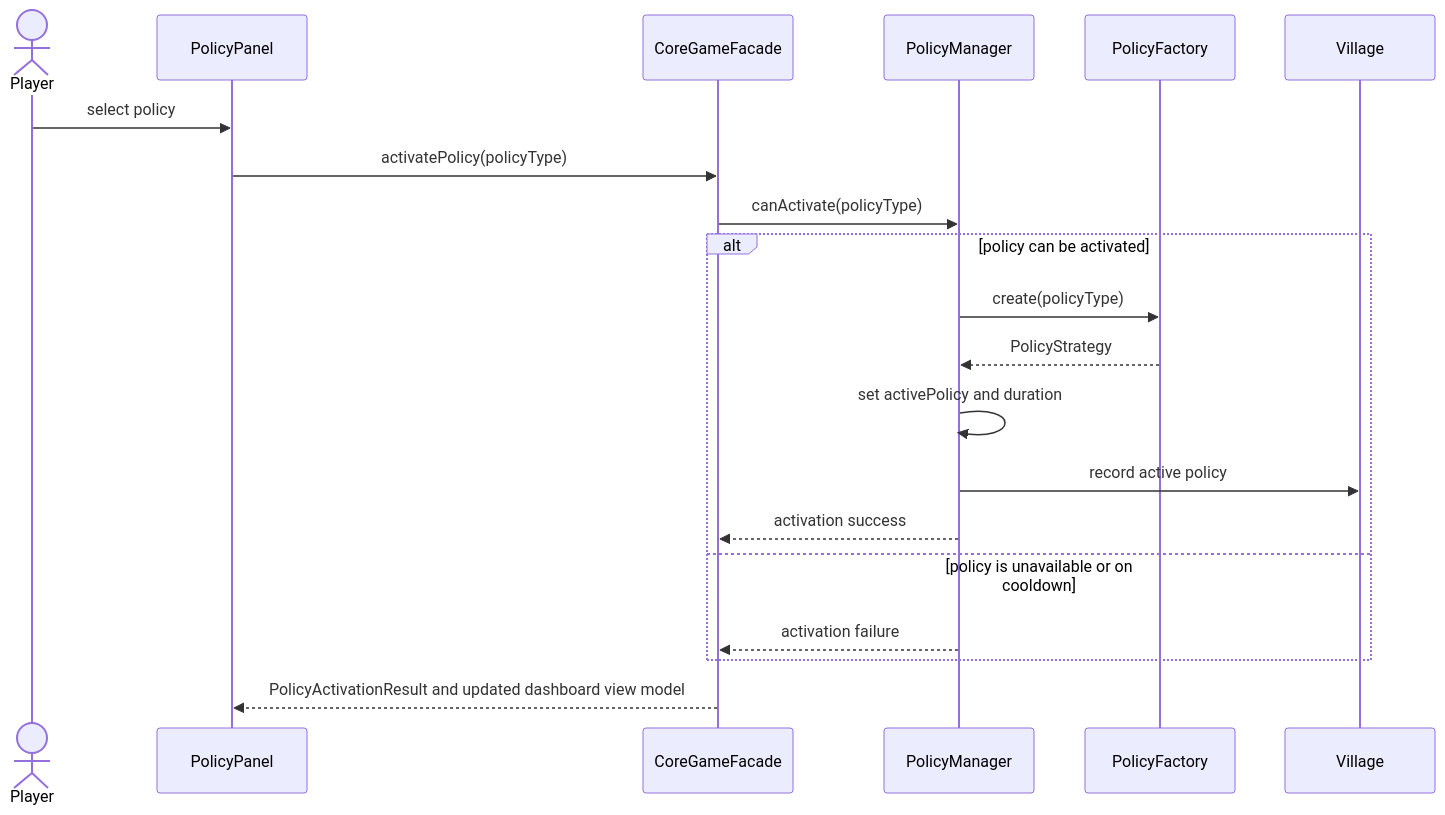
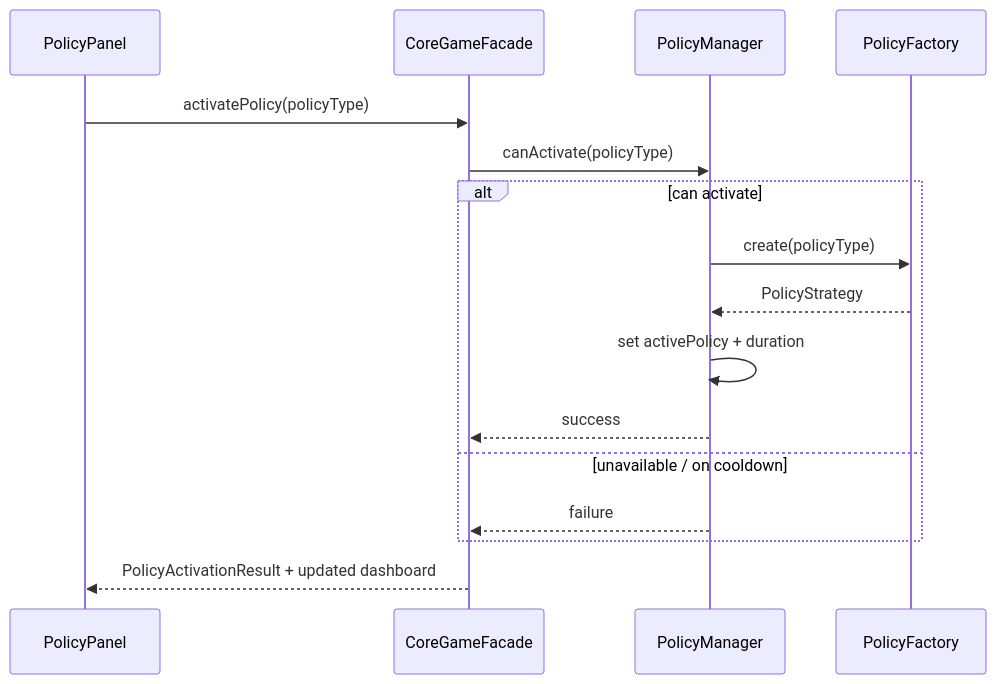
Before and after one commit to edope704/DaimyoSimulator: diagram 13 of 14 in docs/DesignDocument.md, drawn with Mermaid. The commit also changed other lines of this file, not shown here.

````diff
--- a/docs/DesignDocument.md
+++ b/docs/DesignDocument.md
@@ -847,23 +433,19 @@
 ```mermaid
 sequenceDiagram
-    actor Player
     participant UI as PolicyPanel
     participant C as CoreGameFacade
     participant PM as PolicyManager
     participant PF as PolicyFactory
-    participant V as Village
 
-    Player->>UI: select policy
     UI->>C: activatePolicy(policyType)
     C->>PM: canActivate(policyType)
-    alt policy can be activated
+    alt can activate
         PM->>PF: create(policyType)
         PF-->>PM: PolicyStrategy
-        PM->>PM: set activePolicy and duration
-        PM->>V: record active policy
-        PM-->>C: activation success
-    else policy is unavailable or on cooldown
-        PM-->>C: activation failure
+        PM->>PM: set activePolicy + duration
+        PM-->>C: success
+    else unavailable / on cooldown
+        PM-->>C: failure
     end
-    C-->>UI: PolicyActivationResult and updated dashboard view model
+    C-->>UI: PolicyActivationResult + updated dashboard
 ```
````
